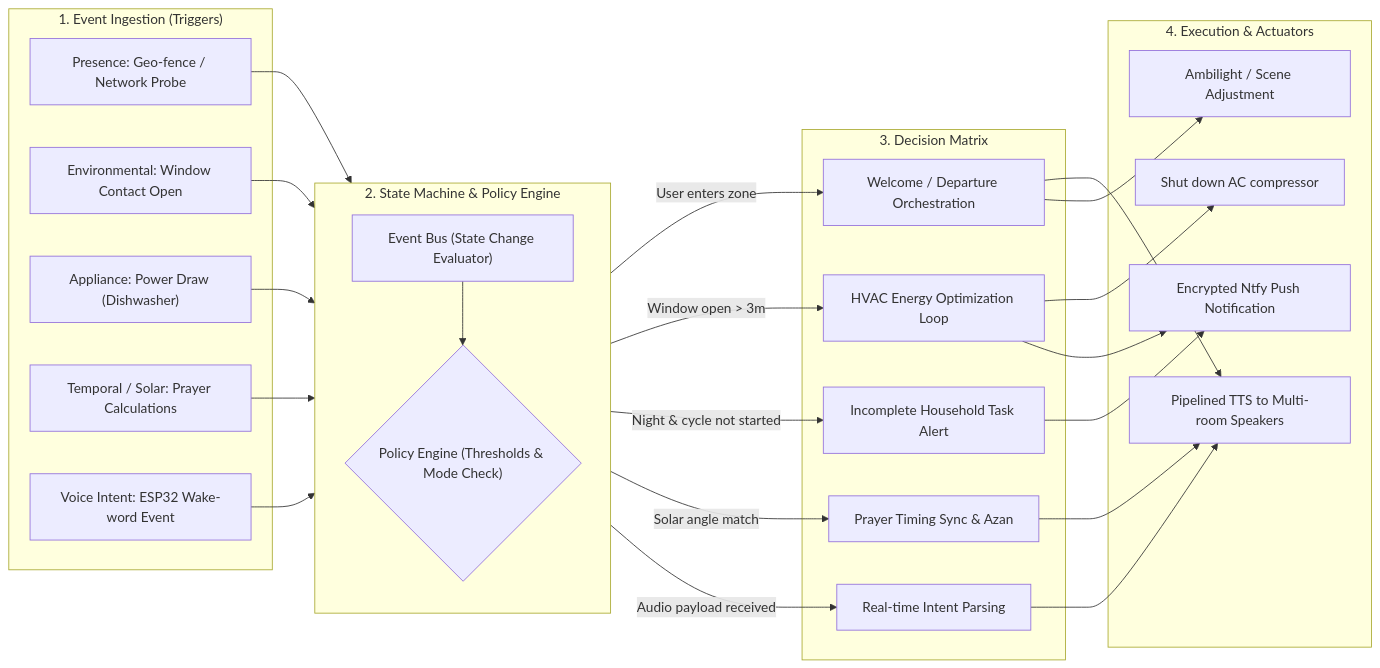
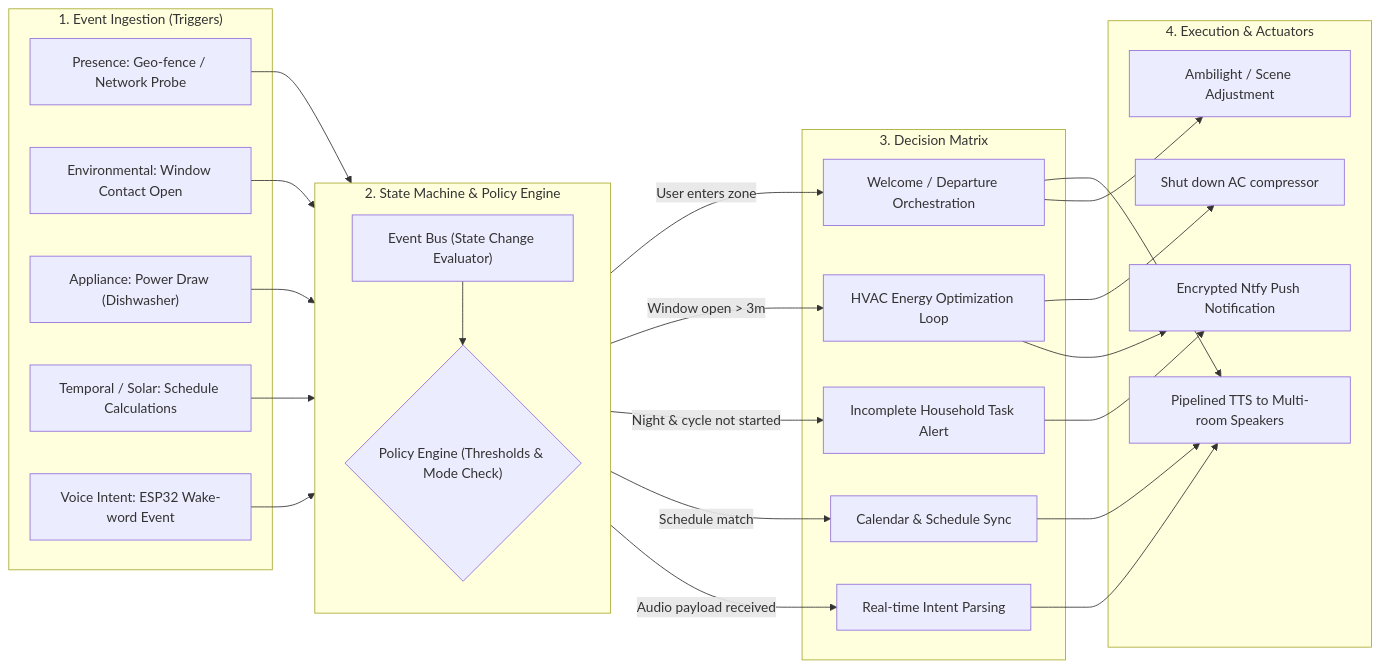
One commit to sherazlodhi/homelab-architecture changed the second of 3 diagrams in README.md. Above: the diagram before and after it, drawn with Mermaid. The commit also changed other lines of this file and 1 other file, not shown here.

````diff
--- a/README.md
+++ b/README.md
@@ -91,50 +91,50 @@
 ```mermaid
 flowchart LR
     subgraph Ingestion ["1. Event Ingestion (Triggers)"]
         T1["Presence: Geo-fence / Network Probe"]
         T2["Environmental: Window Contact Open"]
         T3["Appliance: Power Draw (Dishwasher)"]
-        T4["Temporal / Solar: Prayer Calculations"]
+        T4["Temporal / Solar: Schedule Calculations"]
         T5["Voice Intent: ESP32 Wake-word Event"]
     end
 
     subgraph Engine ["2. State Machine & Policy Engine"]
         direction TB
         Bus["Event Bus (State Change Evaluator)"]
         Conditions{"Policy Engine (Thresholds & Mode Check)"}
         
         Bus --> Conditions
     end
 
     subgraph Dispatch ["3. Decision Matrix"]
         A_Presence["Welcome / Departure Orchestration"]
         A_HVAC["HVAC Energy Optimization Loop"]
         A_Reminder["Incomplete Household Task Alert"]
-        A_Prayer["Prayer Timing Sync & Azan"]
+        A_Schedule["Calendar & Schedule Sync"]
         A_AI["Real-time Intent Parsing"]
     end
 
     subgraph Execution ["4. Execution & Actuators"]
         Act_TTS["Pipelined TTS to Multi-room Speakers"]
         Act_HVAC["Shut down AC compressor"]
         Act_Ntfy["Encrypted Ntfy Push Notification"]
         Act_Lights["Ambilight / Scene Adjustment"]
     end
 
     %% Connect Ingestion to Engine
     T1 & T2 & T3 & T4 & T5 --> Bus
 
     %% Connect Conditions to Dispatch
     Conditions -- "User enters zone" --> A_Presence
     Conditions -- "Window open > 3m" --> A_HVAC
     Conditions -- "Night & cycle not started" --> A_Reminder
-    Conditions -- "Solar angle match" --> A_Prayer
+    Conditions -- "Schedule match" --> A_Schedule
     Conditions -- "Audio payload received" --> A_AI
 
     %% Connect Dispatch to Execution
     A_Presence --> Act_TTS & Act_Lights
     A_HVAC --> Act_HVAC & Act_Ntfy
     A_Reminder --> Act_Ntfy
-    A_Prayer --> Act_TTS
+    A_Schedule --> Act_TTS
     A_AI --> Act_TTS
 ```
````
